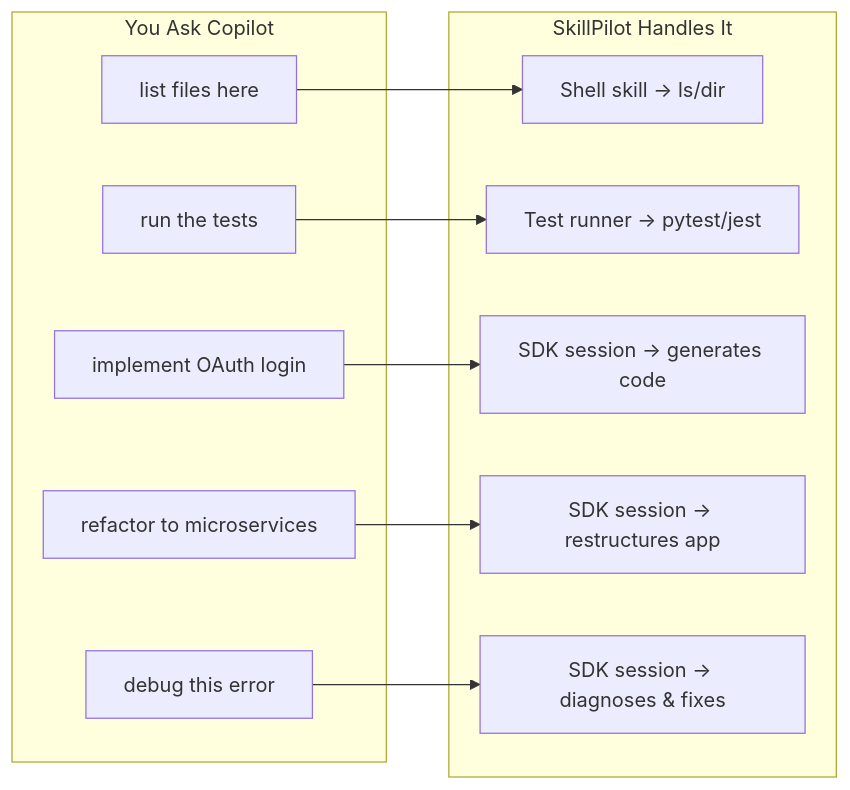
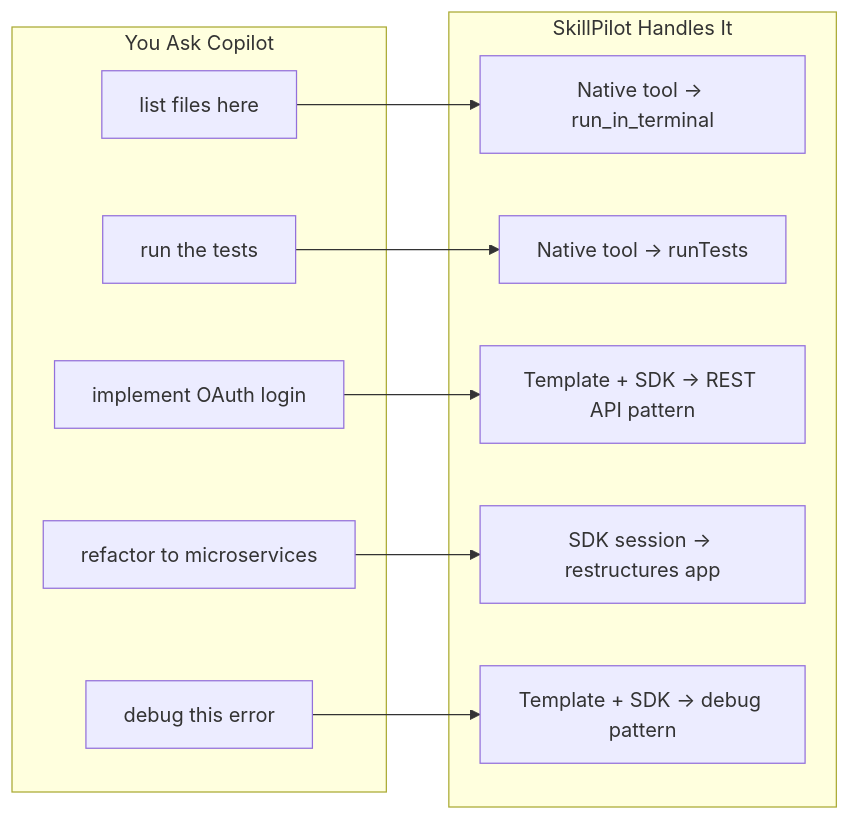
Before and after one commit to samueltauil/skills-hub: the first of 3 diagrams in README.md, drawn with Mermaid. The commit also changed other lines of this file and 2 other files, not shown here.

Commit message:
Update SKILL.md and orchestrator.py: Refine skill descriptions, clarify operation handling, and enhance documentation for improved user understanding

````diff
--- a/README.md
+++ b/README.md
@@ -20,24 +21,24 @@
 ```mermaid
 flowchart LR
     subgraph input["You Ask Copilot"]
         A1["list files here"]
         A2["run the tests"]
         A3["implement OAuth login"]
         A4["refactor to microservices"]
         A5["debug this error"]
     end
     
     subgraph output["SkillPilot Handles It"]
-        B1["Shell skill → ls/dir"]
-        B2["Test runner → pytest/jest"]
-        B3["SDK session → generates code"]
+        B1["Native tool → run_in_terminal"]
+        B2["Native tool → runTests"]
+        B3["Template + SDK → REST API pattern"]
         B4["SDK session → restructures app"]
-        B5["SDK session → diagnoses & fixes"]
+        B5["Template + SDK → debug pattern"]
     end
     
     A1 --> B1
     A2 --> B2
     A3 --> B3
     A4 --> B4
     A5 --> B5
 ```
````
